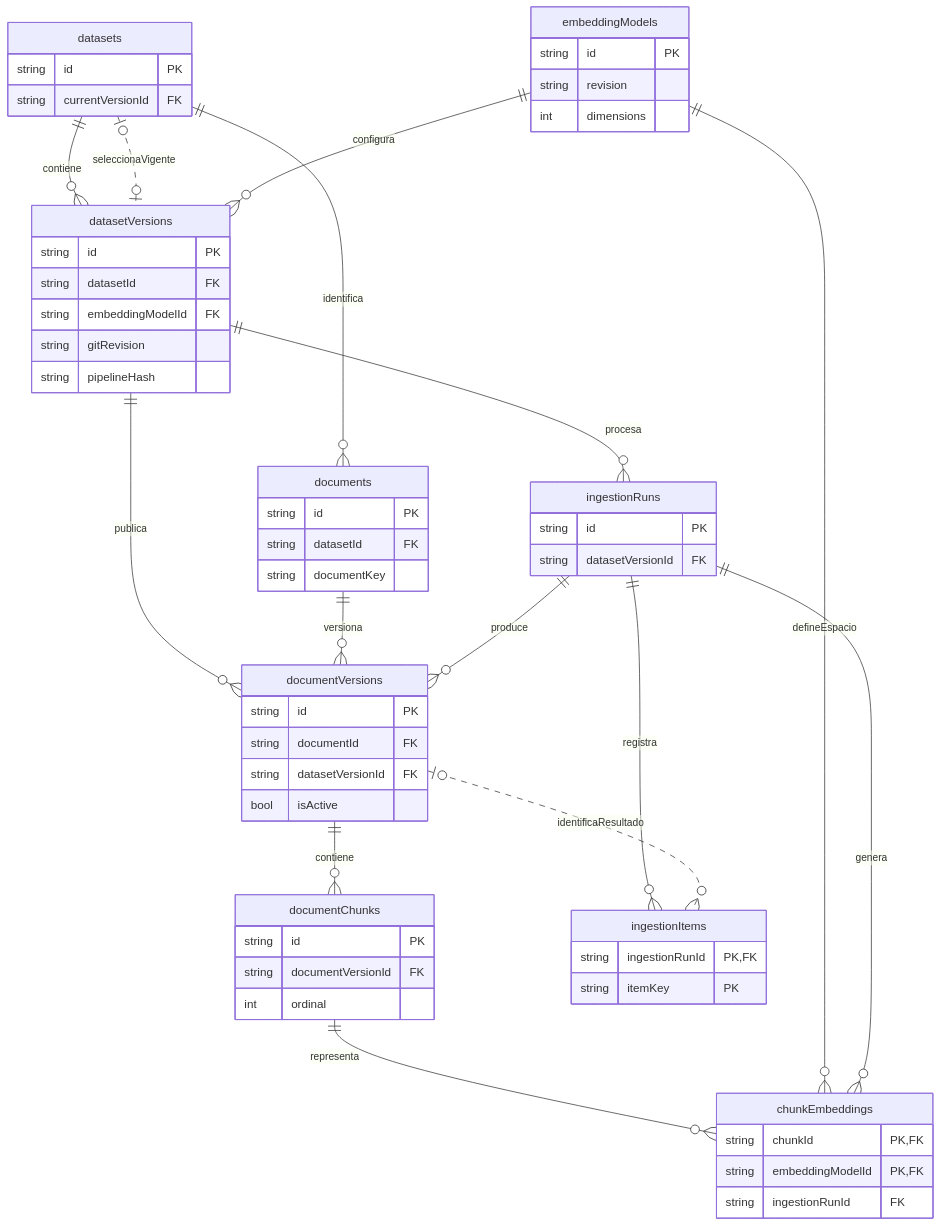
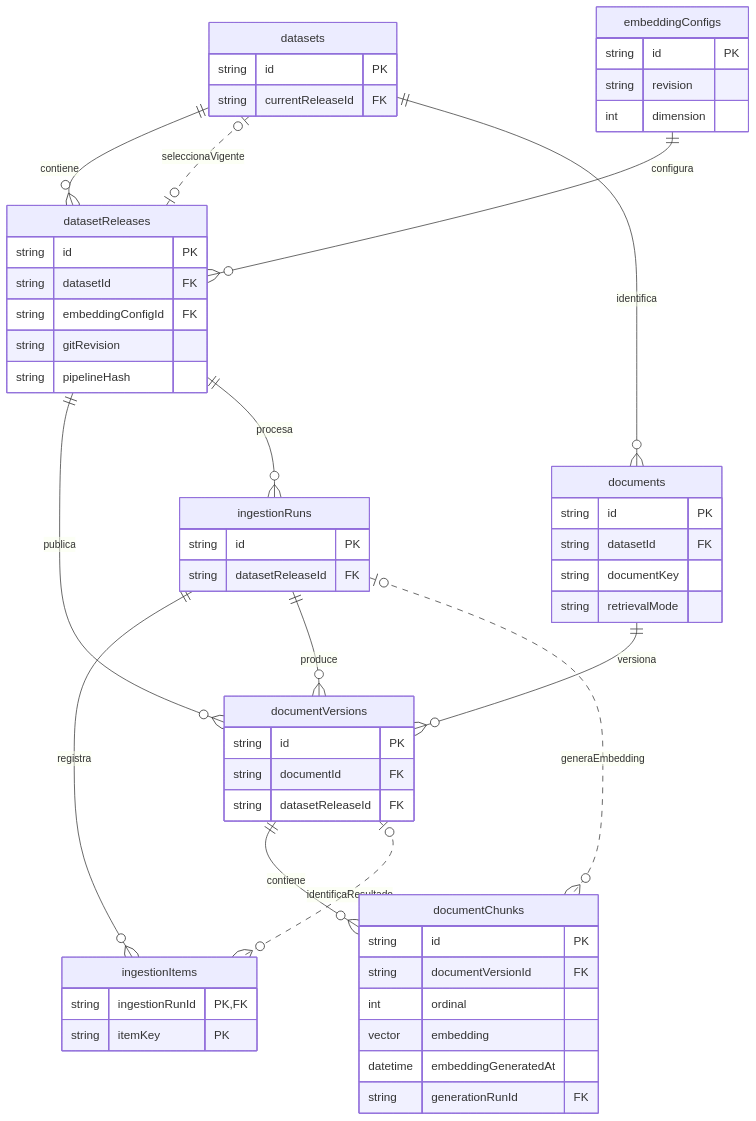
One commit to XeyKG/BanuChat_ changed the first of 2 diagrams in docs/modelo-datos.md. Above: the diagram before and after it, drawn with Mermaid. The commit also changed other lines of this file and 1 other file, not shown here.

First line of the commit message:
Actualiza modelo de datos y ADR de releases

````diff
--- a/docs/modelo-datos.md
+++ b/docs/modelo-datos.md
@@ -297,62 +346,58 @@
 ```mermaid
 erDiagram
-    datasets ||--o{ datasetVersions : contiene
-    datasets o|..o| datasetVersions : seleccionaVigente
+    datasets ||--o{ datasetReleases : contiene
+    datasets o|..o| datasetReleases : seleccionaVigente
     datasets ||--o{ documents : identifica
-    embeddingModels ||--o{ datasetVersions : configura
-    datasetVersions ||--o{ documentVersions : publica
+    embeddingConfigs ||--o{ datasetReleases : configura
+    datasetReleases ||--o{ documentVersions : publica
     documents ||--o{ documentVersions : versiona
     documentVersions ||--o{ documentChunks : contiene
-    documentChunks ||--o{ chunkEmbeddings : representa
-    embeddingModels ||--o{ chunkEmbeddings : defineEspacio
-    datasetVersions ||--o{ ingestionRuns : procesa
+    datasetReleases ||--o{ ingestionRuns : procesa
     ingestionRuns ||--o{ ingestionItems : registra
     ingestionRuns ||--o{ documentVersions : produce
-    ingestionRuns ||--o{ chunkEmbeddings : genera
+    ingestionRuns o|..o{ documentChunks : generaEmbedding
     documentVersions o|..o{ ingestionItems : identificaResultado
     datasets {
         string id PK
-        string currentVersionId FK
+        string currentReleaseId FK
     }
-    datasetVersions {
+    datasetReleases {
         string id PK
         string datasetId FK
-        string embeddingModelId FK
+        string embeddingConfigId FK
         string gitRevision
         string pipelineHash
     }
     documents {
         string id PK
         string datasetId FK
         string documentKey
+        string retrievalMode
     }
     documentVersions {
         string id PK
         string documentId FK
-        string datasetVersionId FK
-        bool isActive
+        string datasetReleaseId FK
     }
     documentChunks {
         string id PK
         string documentVersionId FK
         int ordinal
+        vector embedding
+        datetime embeddingGeneratedAt
+        string generationRunId FK
     }
-    embeddingModels {
+    embeddingConfigs {
         string id PK
         string revision
-        int dimensions
-    }
-    chunkEmbeddings {
-        string chunkId PK, FK
-        string embeddingModelId PK, FK
-        string ingestionRunId FK
+        int dimension
     }
     ingestionRuns {
         string id PK
-        string datasetVersionId FK
+        string datasetReleaseId FK
     }
     ingestionItems {
         string ingestionRunId PK, FK
         string itemKey PK
     }
 ```
````
